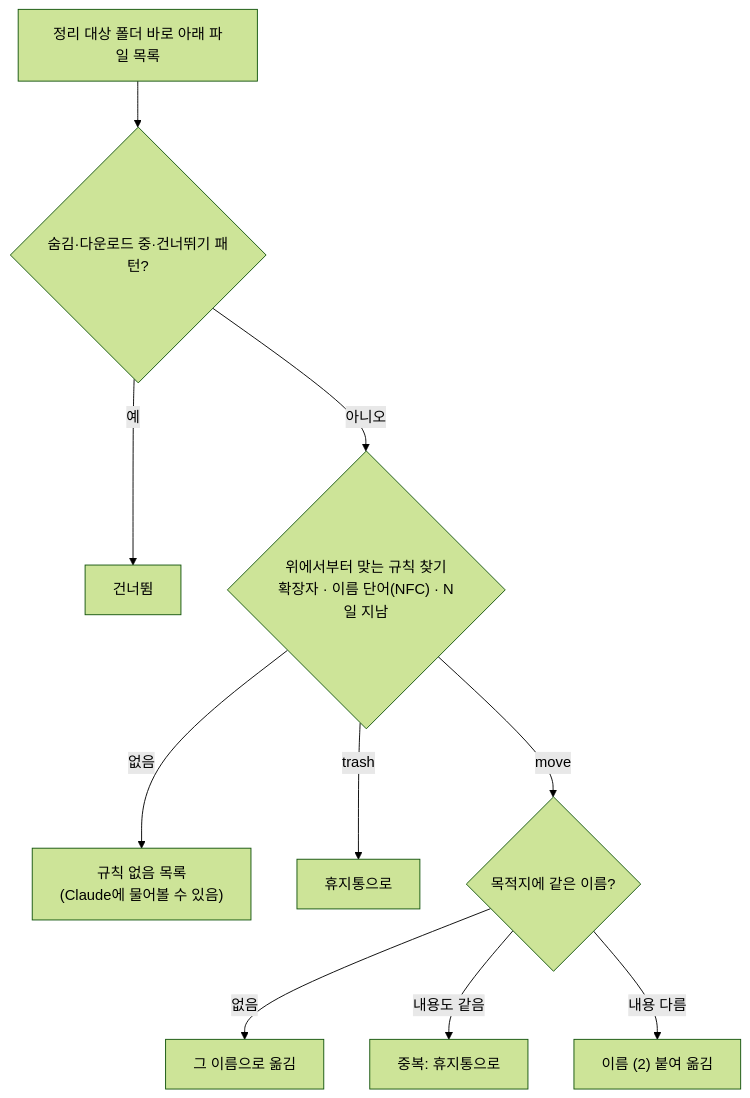
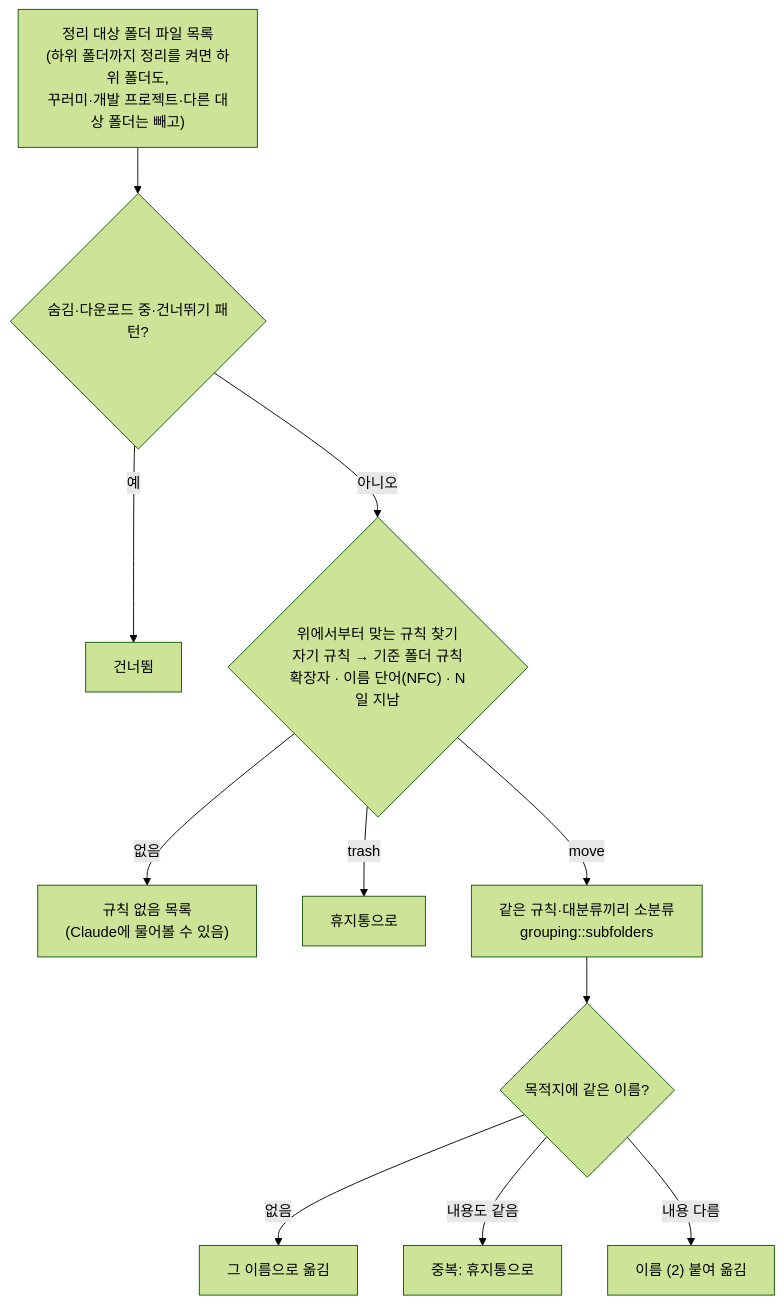
The second of 6 diagrams in docs/구현도.md (ESeungJun/smash), drawn with Mermaid (forest theme) before and after one commit. The commit also changed other lines of this file and 15 other files, not shown here.

````diff
--- a/docs/구현도.md
+++ b/docs/구현도.md
@@ -70,12 +72,13 @@
 ```mermaid
 flowchart TD
-  A["정리 대상 폴더 바로 아래 파일 목록"] --> B{"숨김·다운로드 중·건너뛰기 패턴?"}
+  A["정리 대상 폴더 파일 목록<br/>(하위 폴더까지 정리를 켜면 하위 폴더도,<br/>꾸러미·개발 프로젝트·다른 대상 폴더는 빼고)"] --> B{"숨김·다운로드 중·건너뛰기 패턴?"}
   B -- 예 --> X["건너뜀"]
-  B -- 아니오 --> C{"위에서부터 맞는 규칙 찾기<br/>확장자 · 이름 단어(NFC) · N일 지남"}
+  B -- 아니오 --> C{"위에서부터 맞는 규칙 찾기<br/>자기 규칙 → 기준 폴더 규칙<br/>확장자 · 이름 단어(NFC) · N일 지남"}
   C -- 없음 --> U["규칙 없음 목록<br/>(Claude에 물어볼 수 있음)"]
   C -- trash --> T["휴지통으로"]
-  C -- move --> D{"목적지에 같은 이름?"}
+  C -- move --> G["같은 규칙·대분류끼리 소분류<br/>grouping::subfolders"]
+  G --> D{"목적지에 같은 이름?"}
   D -- 없음 --> M["그 이름으로 옮김"]
   D -- 내용도 같음 --> DUP["중복: 휴지통으로"]
   D -- 내용 다름 --> RN["이름 (2) 붙여 옮김"]
 ```
````
